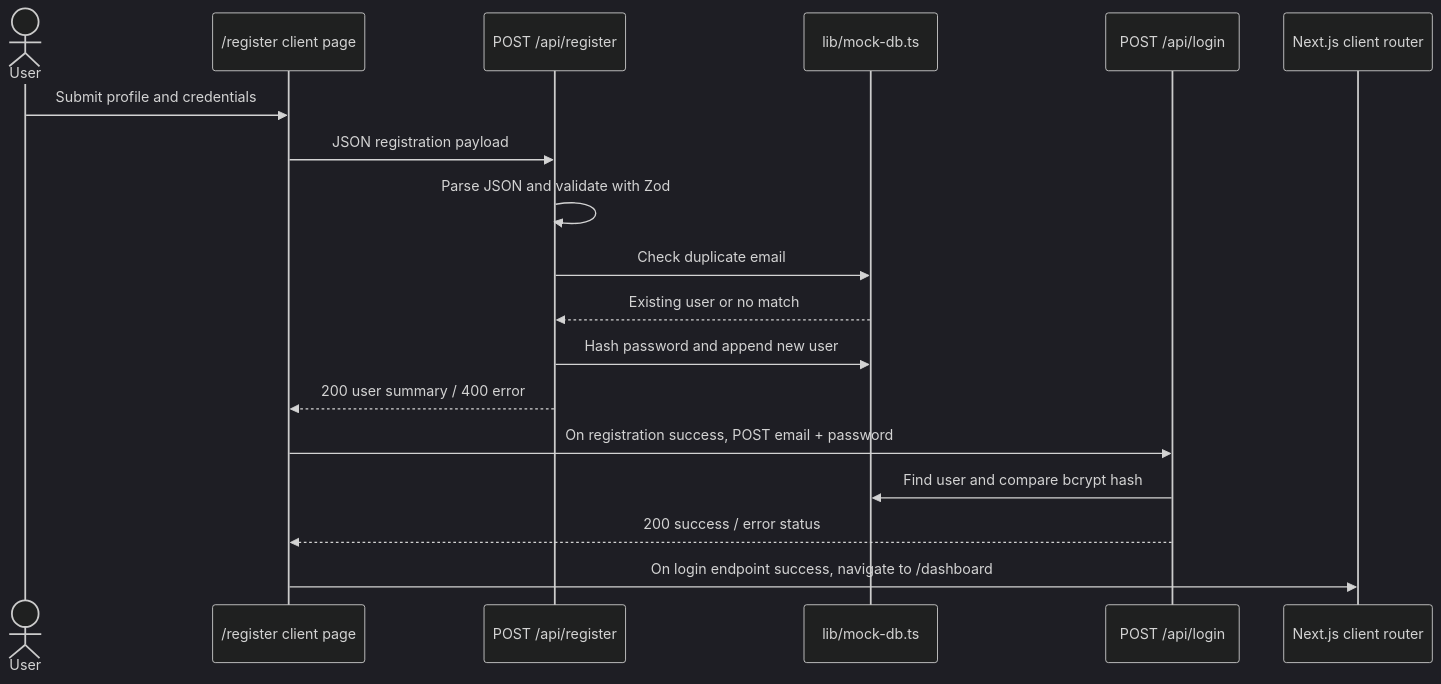
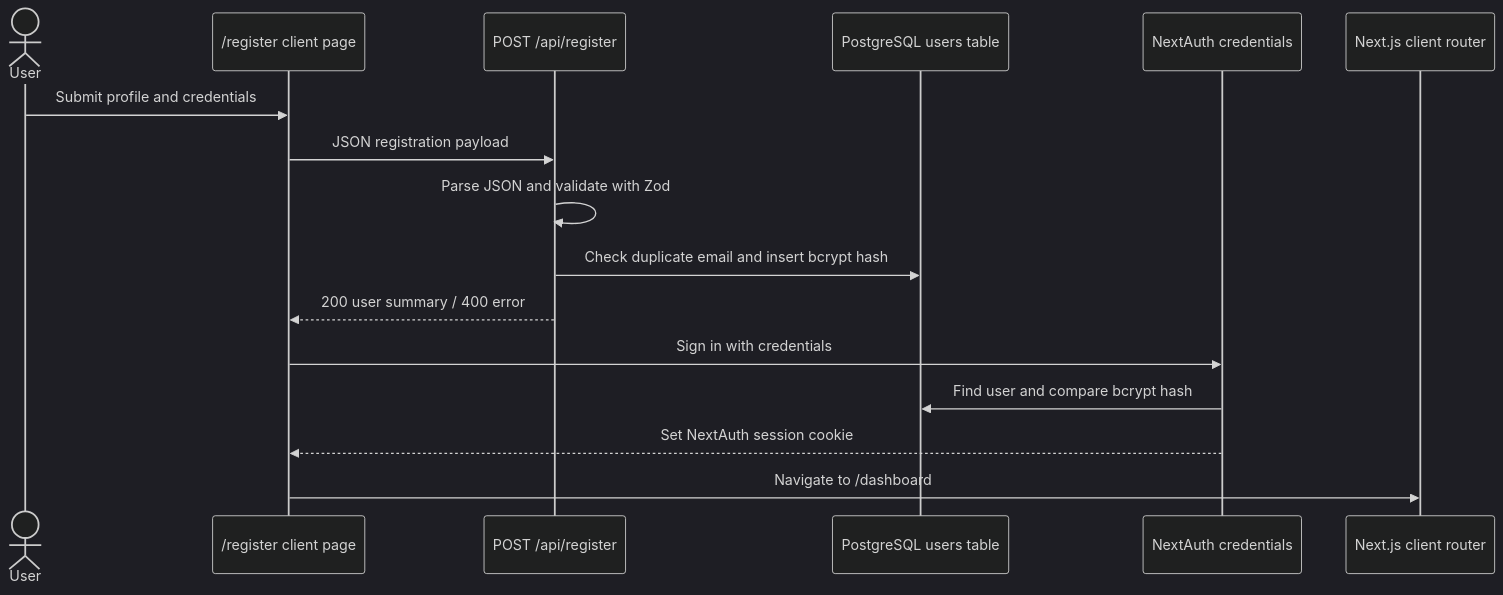
The second of 4 diagrams in README.md (vinithdc-jpg/fittrack), drawn with Mermaid (dark theme) before and after one commit. The commit also changed other lines of this file and 18 other files, not shown here.

First line of the commit message:
feat(auth): integrate PostgreSQL for user authentication and registration

````diff
--- a/README.md
+++ b/README.md
@@ -184,21 +161,19 @@
 ```mermaid
 sequenceDiagram
     actor User
     participant Form as /register client page
     participant API as POST /api/register
-    participant Mock as lib/mock-db.ts
-    participant Login as POST /api/login
+    participant DB as PostgreSQL users table
+    participant Auth as NextAuth credentials
     participant Router as Next.js client router
 
     User->>Form: Submit profile and credentials
     Form->>API: JSON registration payload
     API->>API: Parse JSON and validate with Zod
-    API->>Mock: Check duplicate email
-    Mock-->>API: Existing user or no match
-    API->>Mock: Hash password and append new user
+    API->>DB: Check duplicate email and insert bcrypt hash
     API-->>Form: 200 user summary / 400 error
-    Form->>Login: On registration success, POST email + password
-    Login->>Mock: Find user and compare bcrypt hash
-    Login-->>Form: 200 success / error status
-    Form->>Router: On login endpoint success, navigate to /dashboard
+    Form->>Auth: Sign in with credentials
+    Auth->>DB: Find user and compare bcrypt hash
+    Auth-->>Form: Set NextAuth session cookie
+    Form->>Router: Navigate to /dashboard
 ```
````
